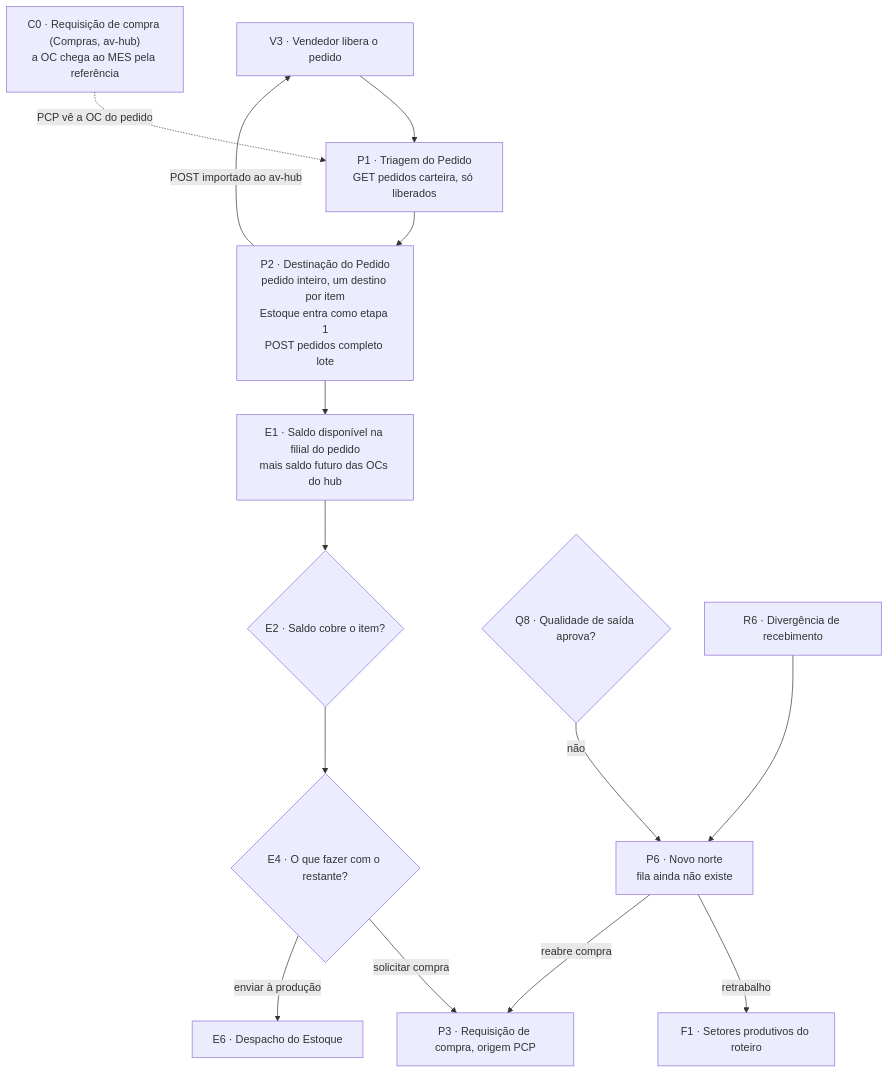
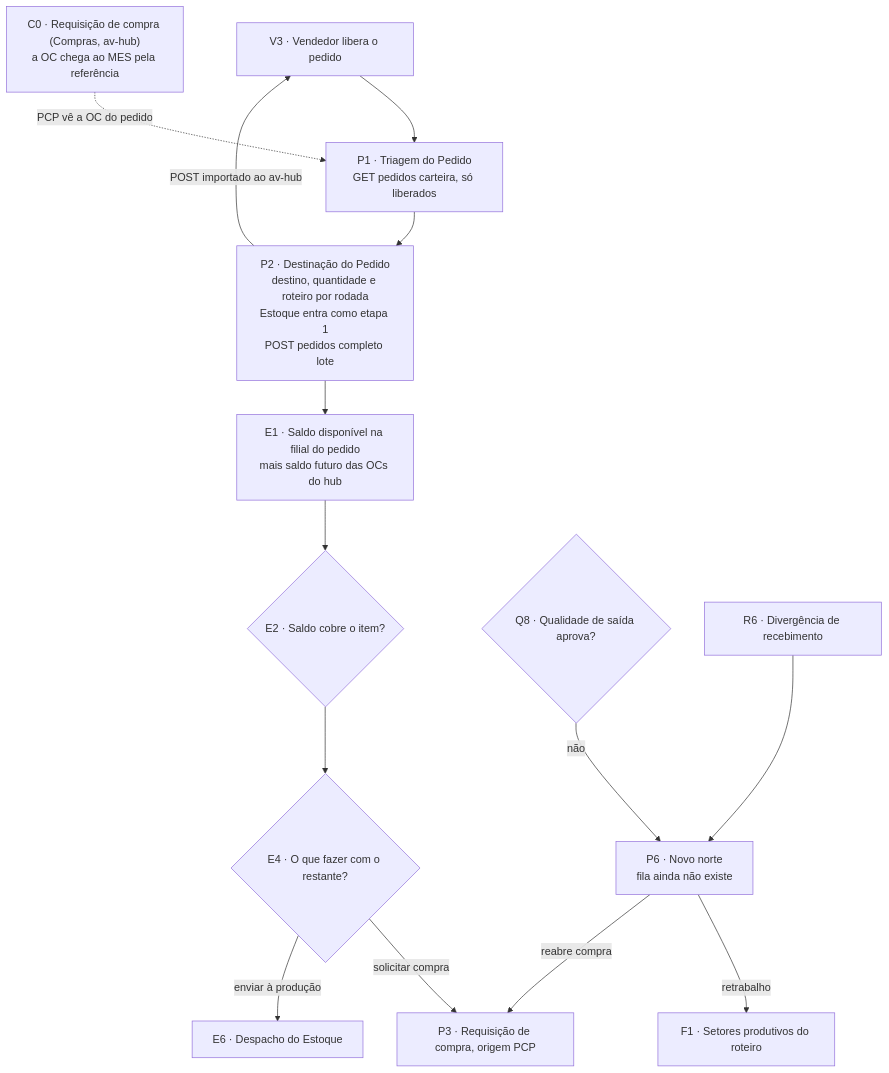
Before and after one commit to pablo-cruzbr/vault-avhub-mer: the diagram in 02-Fluxo-de-Atividades/04-PCP-Triagem-e-Destinacao.md, drawn with Mermaid. The commit also changed other lines of this file, not shown here.

````diff
--- a/02-Fluxo-de-Atividades/04-PCP-Triagem-e-Destinacao.md
+++ b/02-Fluxo-de-Atividades/04-PCP-Triagem-e-Destinacao.md
@@ -202,16 +203,16 @@
 ```mermaid
 flowchart TD
     V3["V3 · Vendedor libera o pedido"] --> P1["P1 · Triagem do Pedido<br/>GET pedidos carteira, só liberados"]
-    P1 --> P2["P2 · Destinação do Pedido<br/>pedido inteiro, um destino por item<br/>Estoque entra como etapa 1<br/>POST pedidos completo lote"]
+    P1 --> P2["P2 · Destinação do Pedido<br/>destino, quantidade e roteiro por rodada<br/>Estoque entra como etapa 1<br/>POST pedidos completo lote"]
     P2 -->|"POST importado ao av-hub"| V3
     P2 --> E1["E1 · Saldo disponível na filial do pedido<br/>mais saldo futuro das OCs do hub"]
     C0["C0 · Requisição de compra (Compras, av-hub)<br/>a OC chega ao MES pela referência"] -.->|"PCP vê a OC do pedido"| P1
     E1 --> E2{"E2 · Saldo cobre o item?"}
     E2 --> E4{"E4 · O que fazer com o restante?"}
     E4 -->|"solicitar compra"| P3["P3 · Requisição de compra, origem PCP"]
     E4 -->|"enviar à produção"| E6["E6 · Despacho do Estoque"]
     Q8{"Q8 · Qualidade de saída aprova?"} -->|não| P6["P6 · Novo norte<br/>fila ainda não existe"]
     R6["R6 · Divergência de recebimento"] --> P6
     P6 -->|retrabalho| F1["F1 · Setores produtivos do roteiro"]
     P6 -->|"reabre compra"| P3
 ```
````
